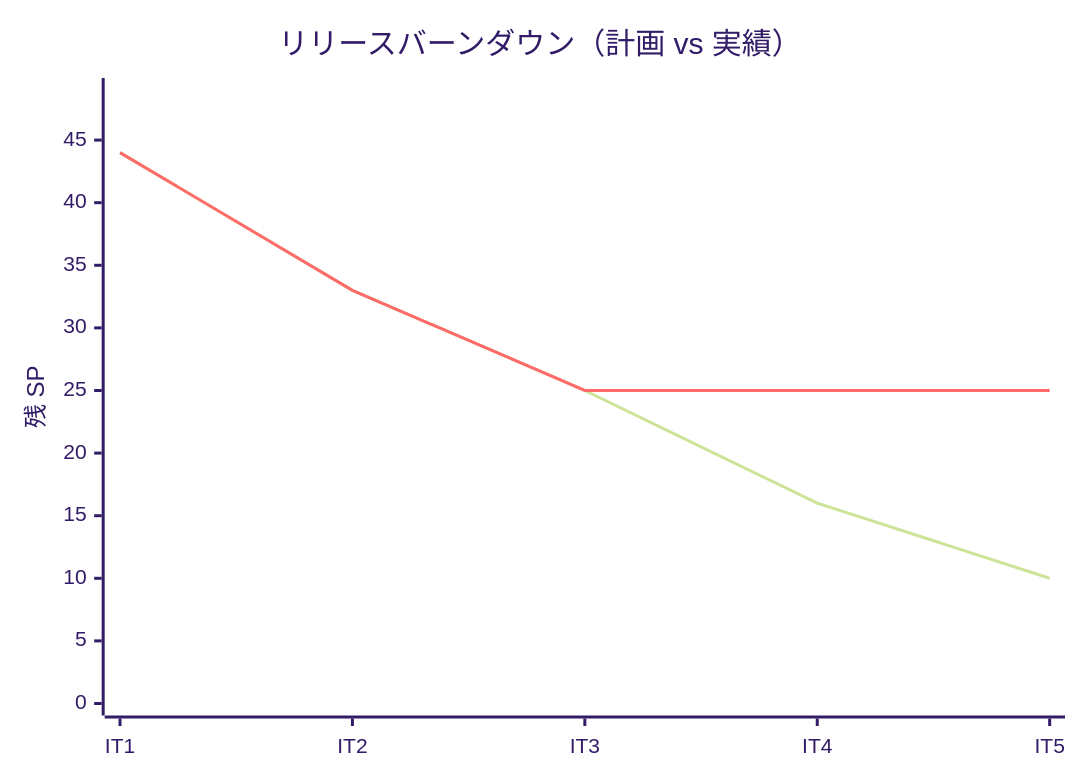
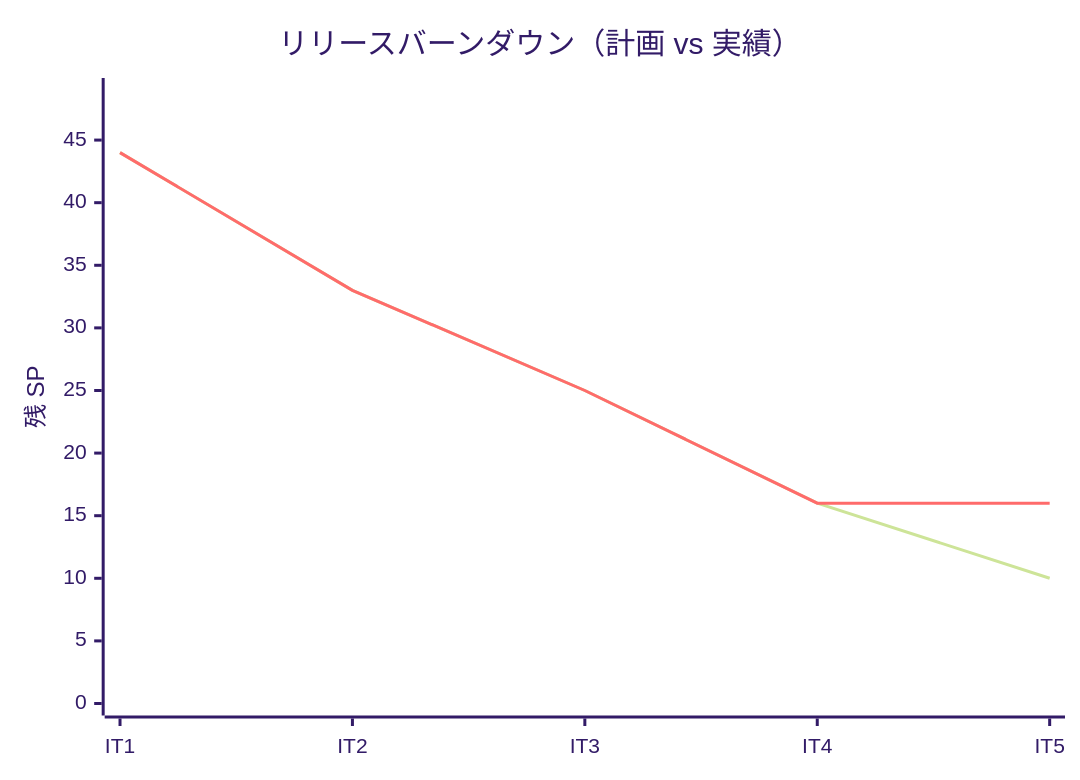
One commit to k2works/case-study-sdd-development changed the third of 3 diagrams in docs/development/release_plan.md. Above: the diagram before and after it, drawn with Mermaid (forest theme). The commit also changed other lines of this file and 6 other files, not shown here.

````diff
--- a/docs/development/release_plan.md
+++ b/docs/development/release_plan.md
@@ -355,8 +374,8 @@
 ```mermaid
 xychart-beta
     title "リリースバーンダウン（計画 vs 実績）"
     x-axis [IT1, IT2, IT3, IT4, IT5]
     y-axis "残 SP" 0 --> 49
     line "計画" [44, 33, 25, 16, 10]
-    line "実績" [44, 33, 25, 25, 25]
+    line "実績" [44, 33, 25, 16, 16]
 ```
````
